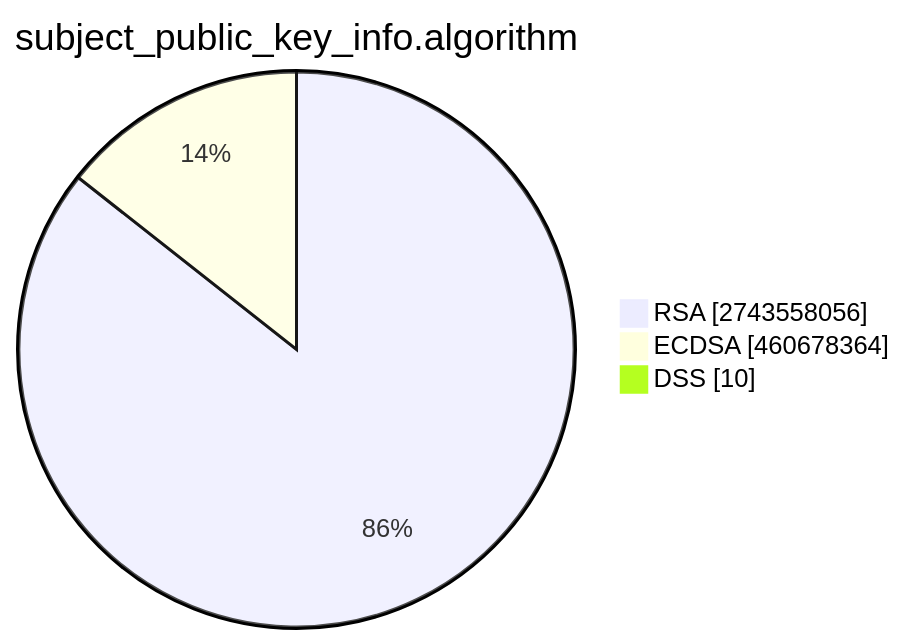
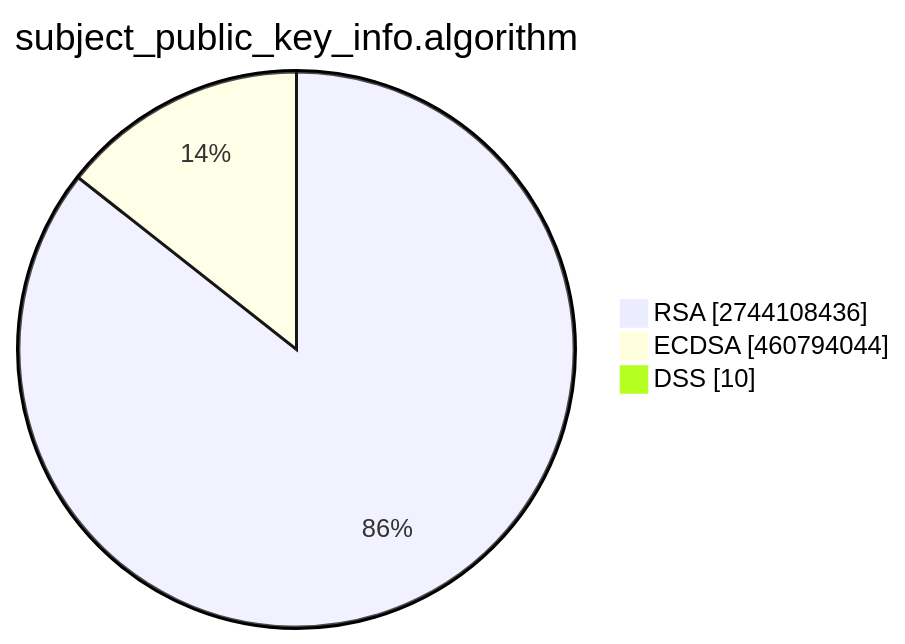
The second of 15 diagrams in TOTAL/README.md (christiankrug/ctmonitor_visualization), drawn with Mermaid before and after one commit. The commit also changed other lines of this file, not shown here.

````diff
--- a/TOTAL/README.md
+++ b/TOTAL/README.md
@@ -6,7 +6,7 @@
 ```mermaid
 pie showData
 title subject_public_key_info.algorithm
-"RSA" :2743558056
-"ECDSA" :460678364
+"RSA" :2744108436
+"ECDSA" :460794044
 "DSS" :10
 ```
````
